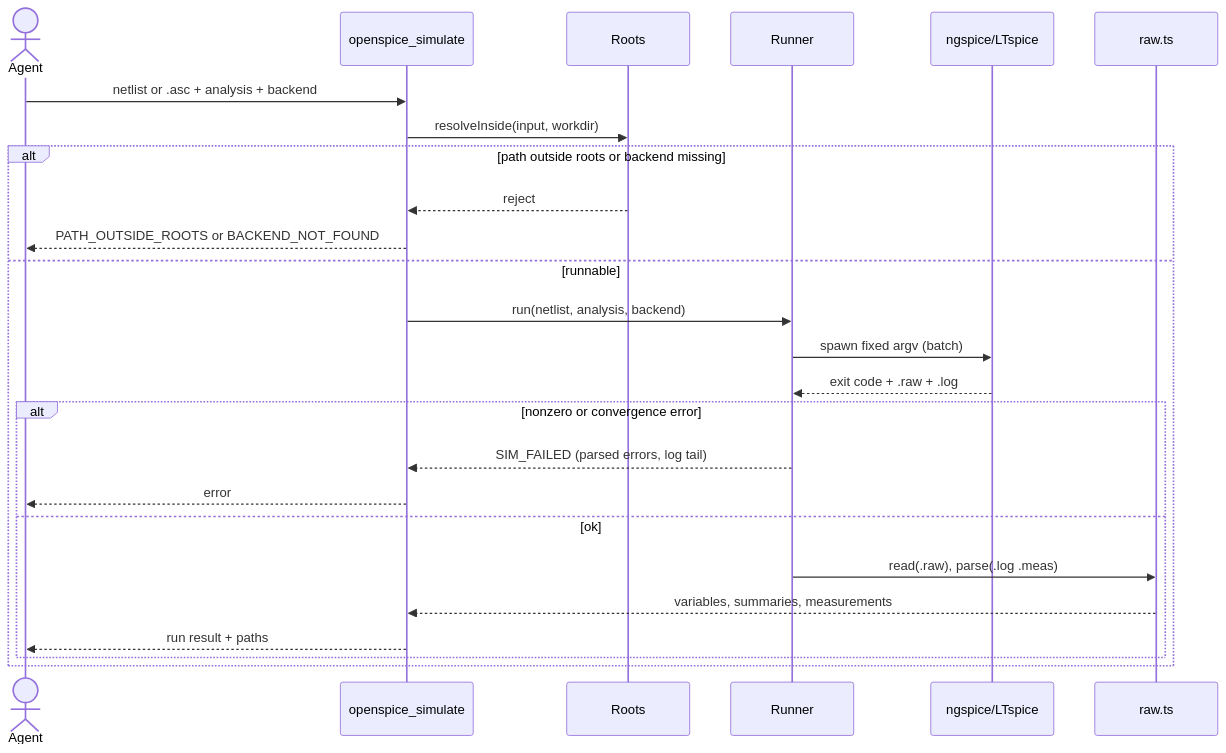
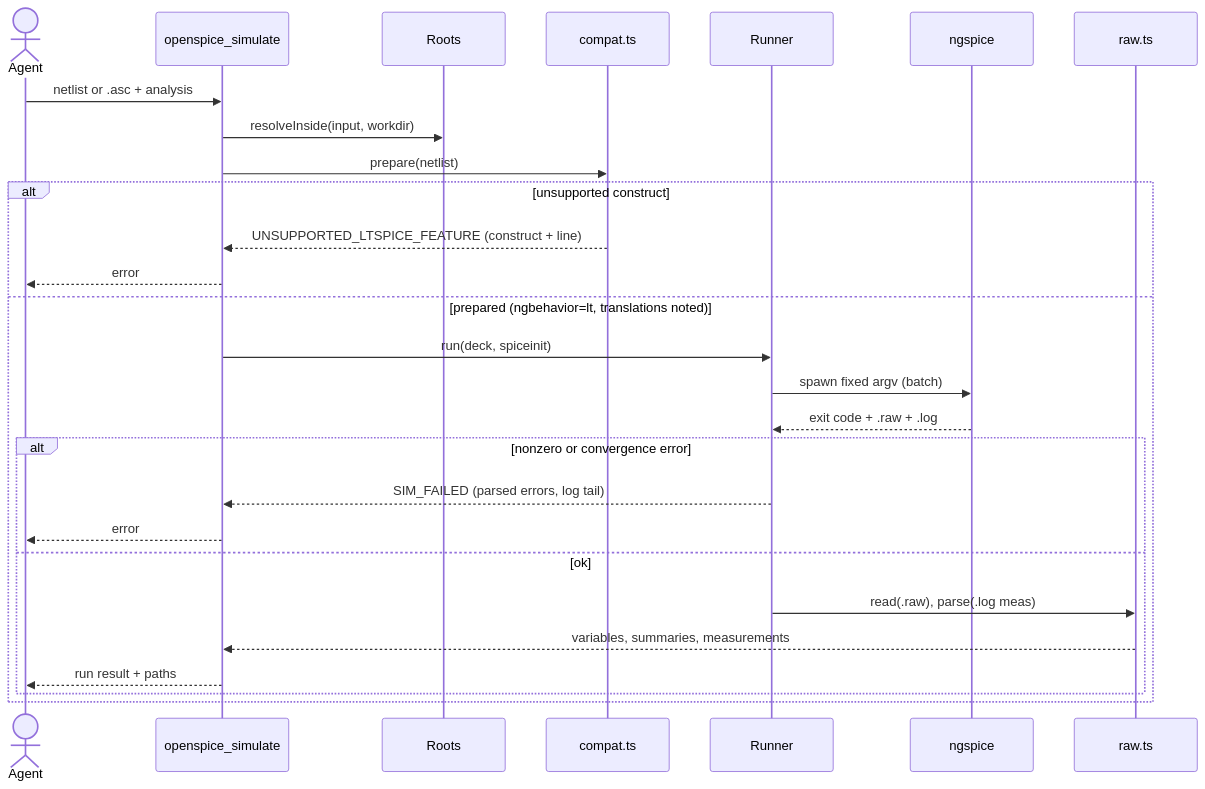
Before and after one commit to sohampatwardhan/openspice-mcp: the third of 7 diagrams in .kiro/specs/openspice-mcp/design.md, drawn with Mermaid. The commit also changed other lines of this file and 4 other files, not shown here.

First line of the commit message:
docs(spec): make ngspice the sole engine with LTspice file fidelity

````diff
--- a/.kiro/specs/openspice-mcp/design.md
+++ b/.kiro/specs/openspice-mcp/design.md
@@ -146,27 +149,29 @@
 ```mermaid
 sequenceDiagram
   actor Agent
   participant Sim as openspice_simulate
   participant Roots
+  participant Compat as compat.ts
   participant Runner
-  participant Backend as ngspice/LTspice
+  participant Ng as ngspice
   participant Raw as raw.ts
-  Agent->>Sim: netlist or .asc + analysis + backend
+  Agent->>Sim: netlist or .asc + analysis
   Sim->>Roots: resolveInside(input, workdir)
-  alt path outside roots or backend missing
-    Roots-->>Sim: reject
-    Sim-->>Agent: PATH_OUTSIDE_ROOTS or BACKEND_NOT_FOUND
-  else runnable
-    Sim->>Runner: run(netlist, analysis, backend)
-    Runner->>Backend: spawn fixed argv (batch)
-    Backend-->>Runner: exit code + .raw + .log
+  Sim->>Compat: prepare(netlist)
+  alt unsupported construct
+    Compat-->>Sim: UNSUPPORTED_LTSPICE_FEATURE (construct + line)
+    Sim-->>Agent: error
+  else prepared (ngbehavior=lt, translations noted)
+    Sim->>Runner: run(deck, spiceinit)
+    Runner->>Ng: spawn fixed argv (batch)
+    Ng-->>Runner: exit code + .raw + .log
     alt nonzero or convergence error
       Runner-->>Sim: SIM_FAILED (parsed errors, log tail)
       Sim-->>Agent: error
     else ok
-      Runner->>Raw: read(.raw), parse(.log .meas)
+      Runner->>Raw: read(.raw), parse(.log meas)
       Raw-->>Sim: variables, summaries, measurements
       Sim-->>Agent: run result + paths
     end
   end
 ```
````
